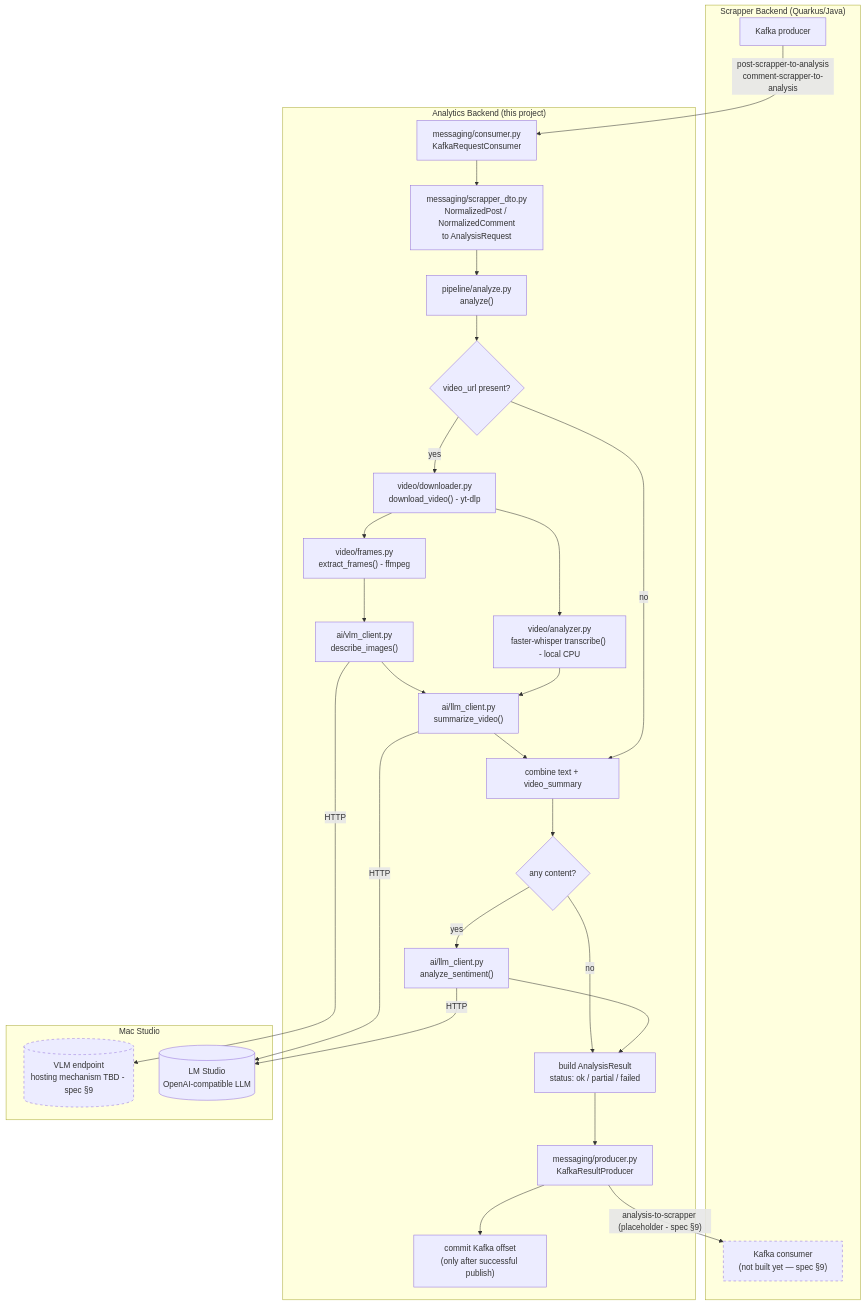
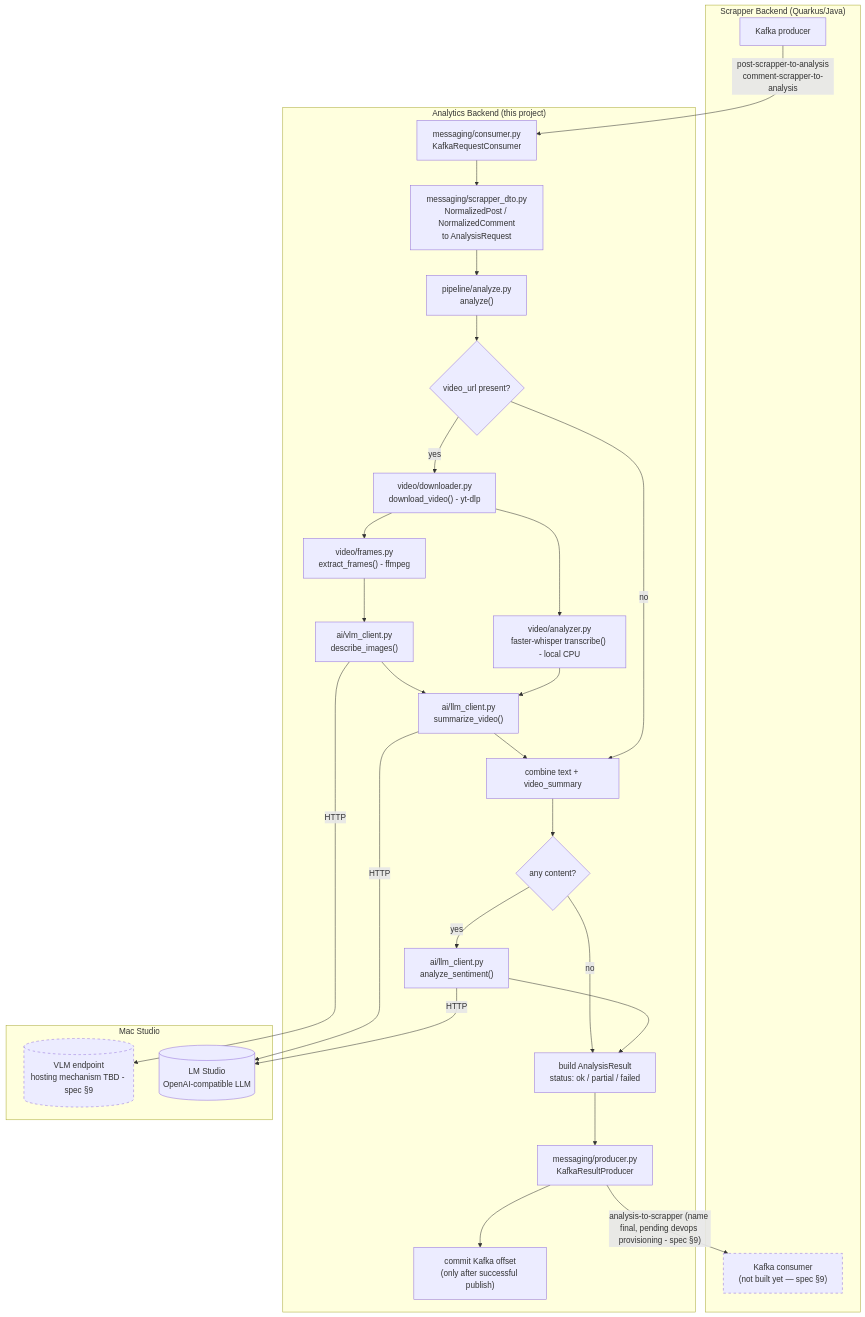
Before and after one commit to ekisparemail-ctrl/analyzer-sentiment: the diagram in docs/superpowers/specs/2026-09-14-analytics-backend-design.md, drawn with Mermaid. The commit also changed other lines of this file and 2 other files, not shown here.

First line of the commit message:
docs: finalize the result topic name, decline adding a type field

````diff
--- a/docs/superpowers/specs/2026-09-14-analytics-backend-design.md
+++ b/docs/superpowers/specs/2026-09-14-analytics-backend-design.md
@@ -195,56 +195,56 @@
 ```mermaid
 flowchart TD
     subgraph SB["Scrapper Backend (Quarkus/Java)"]
         SBOut["Kafka producer"]
         SBIn["Kafka consumer<br/>(not built yet — spec §9)"]
     end
 
     subgraph AB["Analytics Backend (this project)"]
         Consumer["messaging/consumer.py<br/>KafkaRequestConsumer"]
         Translate["messaging/scrapper_dto.py<br/>NormalizedPost / NormalizedComment<br/>to AnalysisRequest"]
         Pipeline["pipeline/analyze.py<br/>analyze()"]
         HasVideo{"video_url present?"}
         Download["video/downloader.py<br/>download_video() - yt-dlp"]
         Frames["video/frames.py<br/>extract_frames() - ffmpeg"]
         VlmCall["ai/vlm_client.py<br/>describe_images()"]
         Transcribe["video/analyzer.py<br/>faster-whisper transcribe() - local CPU"]
         SummarizeVideo["ai/llm_client.py<br/>summarize_video()"]
         Combine["combine text + video_summary"]
         HasContent{"any content?"}
         Sentiment["ai/llm_client.py<br/>analyze_sentiment()"]
         BuildResult["build AnalysisResult<br/>status: ok / partial / failed"]
         Producer["messaging/producer.py<br/>KafkaResultProducer"]
         Commit["commit Kafka offset<br/>(only after successful publish)"]
     end
 
     subgraph MS["Mac Studio"]
         VLM[("VLM endpoint<br/>hosting mechanism TBD - spec §9")]
         LLM[("LM Studio<br/>OpenAI-compatible LLM")]
     end
 
     SBOut -->|"post-scrapper-to-analysis<br/>comment-scrapper-to-analysis"| Consumer
     Consumer --> Translate
     Translate --> Pipeline
     Pipeline --> HasVideo
     HasVideo -->|"yes"| Download
     Download --> Frames
     Frames --> VlmCall
     VlmCall -->|"HTTP"| VLM
     Download --> Transcribe
     VlmCall --> SummarizeVideo
     Transcribe --> SummarizeVideo
     SummarizeVideo -->|"HTTP"| LLM
     SummarizeVideo --> Combine
     HasVideo -->|"no"| Combine
     Combine --> HasContent
     HasContent -->|"no"| BuildResult
     HasContent -->|"yes"| Sentiment
     Sentiment -->|"HTTP"| LLM
     Sentiment --> BuildResult
     BuildResult --> Producer
-    Producer -->|"analysis-to-scrapper (placeholder - spec §9)"| SBIn
+    Producer -->|"analysis-to-scrapper (name final, pending devops provisioning - spec §9)"| SBIn
     Producer --> Commit
 
     style SBIn stroke-dasharray: 5 5
     style VLM stroke-dasharray: 5 5
 ```
````
